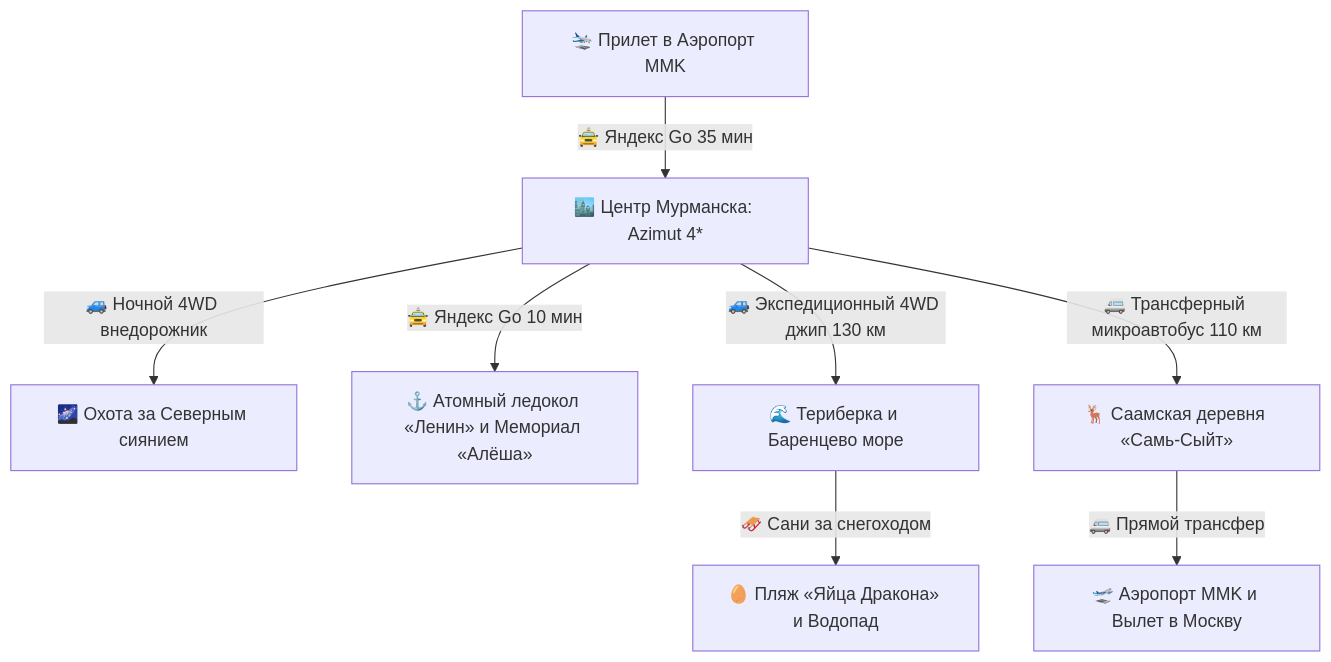
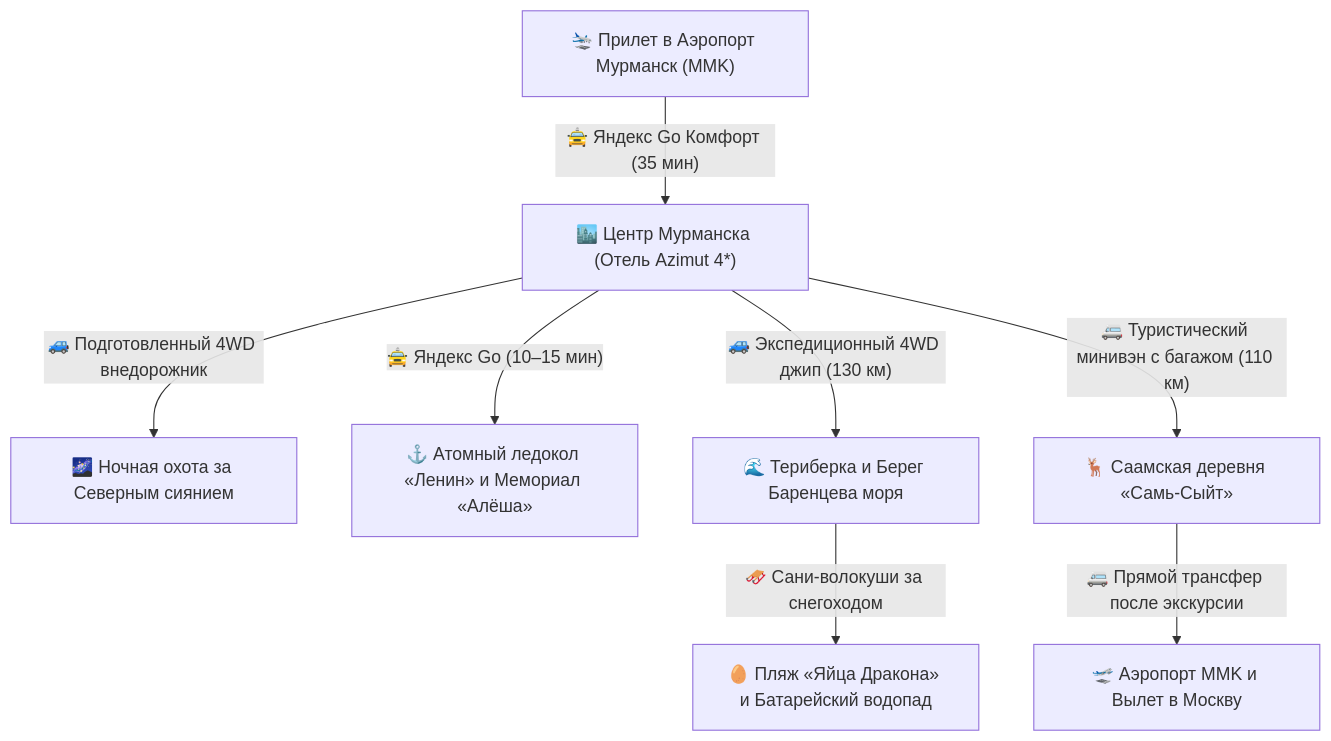
Before and after one commit to injurka/obsidian-mark: the diagram in Personal Note/Travel/-- Murmansk/03 - Бронирования/Транспорт.md, drawn with Mermaid. The commit also changed other lines of this file and 43 other files, not shown here.

````diff
--- a/Personal Note/Travel/-- Murmansk/03 - Бронирования/Транспорт.md
+++ b/Personal Note/Travel/-- Murmansk/03 - Бронирования/Транспорт.md
@@ -9,10 +9,10 @@
 ```mermaid
 flowchart TD
-    A[🛬 Прилет в Аэропорт MMK] -->|🚖 Яндекс Go 35 мин| B[🏙️ Центр Мурманска: Azimut 4*]
-    B -->|🚙 Ночной 4WD внедорожник| C[🌌 Охота за Северным сиянием]
-    B -->|🚖 Яндекс Go 10 мин| D[⚓ Атомный ледокол «Ленин» и Мемориал «Алёша»]
-    B -->|🚙 Экспедиционный 4WD джип 130 км| E[🌊 Териберка и Баренцево море]
-    E -->|🛷 Сани за снегоходом| F[🥚 Пляж «Яйца Дракона» и Водопад]
-    B -->|🚐 Трансферный микроавтобус 110 км| G[🦌 Саамская деревня «Самь-Сыйт»]
-    G -->|🚐 Прямой трансфер| H[🛫 Аэропорт MMK и Вылет в Москву]
+    A["🛬 Прилет в Аэропорт Мурманск (MMK)"] -->|"🚖 Яндекс Go Комфорт (35 мин)"| B["🏙️ Центр Мурманска (Отель Azimut 4*)"]
+    B -->|"🚙 Подготовленный 4WD внедорожник"| C["🌌 Ночная охота за Северным сиянием"]
+    B -->|"🚖 Яндекс Go (10–15 мин)"| D["⚓ Атомный ледокол «Ленин» и Мемориал «Алёша»"]
+    B -->|"🚙 Экспедиционный 4WD джип (130 км)"| E["🌊 Териберка и Берег Баренцева моря"]
+    E -->|"🛷 Сани-волокуши за снегоходом"| F["🥚 Пляж «Яйца Дракона» и Батарейский водопад"]
+    B -->|"🚐 Туристический минивэн с багажом (110 км)"| G["🦌 Саамская деревня «Самь-Сыйт»"]
+    G -->|"🚐 Прямой трансфер после экскурсии"| H["🛫 Аэропорт MMK и Вылет в Москву"]
 ```
````
